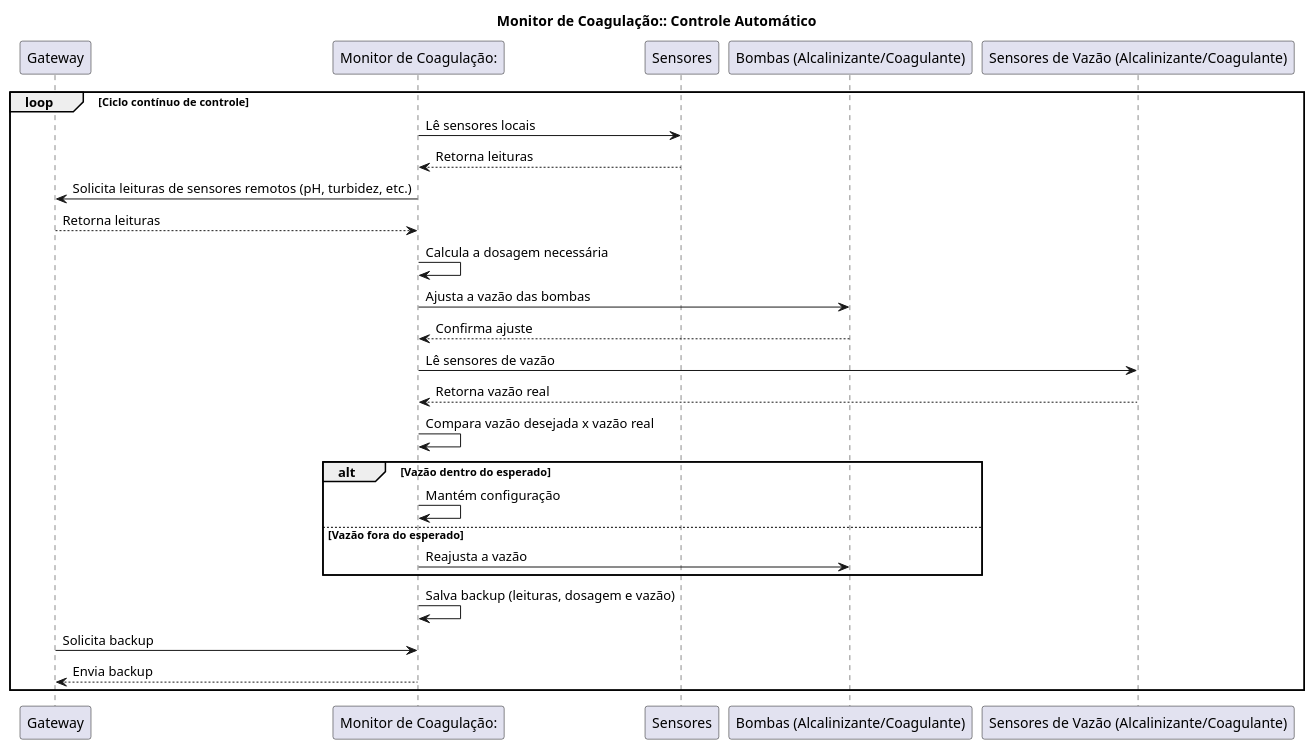
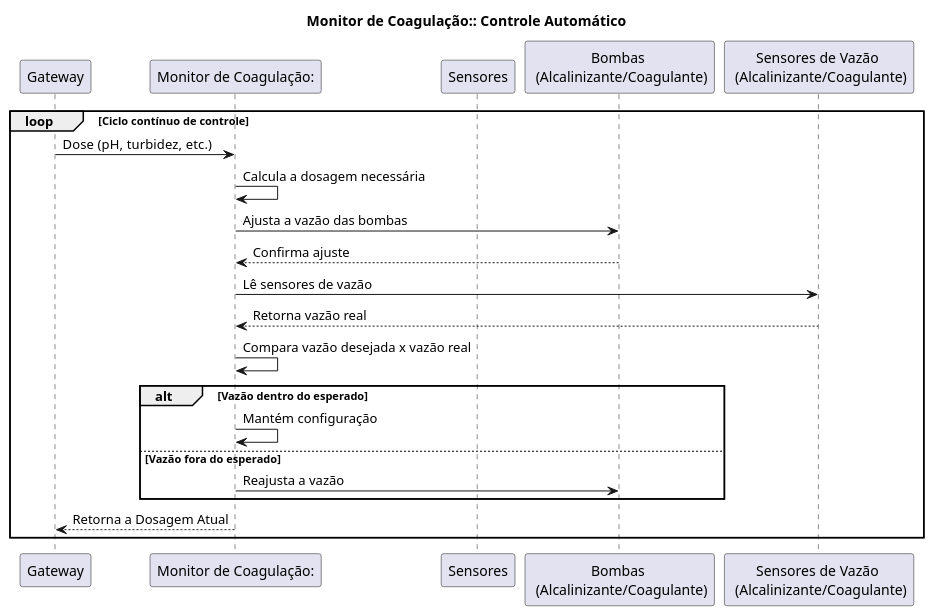
The diagram in Documentação Monitor/Controle Automático.puml (Monique-HidroSolo/plantuml), drawn with PlantUML before and after one commit. The commit also changed 9 other files, not shown here.

Commit message:
Atualização dos Diagramas Monitor

```diff
--- a/Documentação Monitor/Controle Automático.puml
+++ b/Documentação Monitor/Controle Automático.puml
@@ -1,39 +1,34 @@
 @startuml
 title Monitor de Coagulação:: Controle Automático
 
 participant Gateway as GW
 participant "Monitor de Coagulação:" as MC
 participant Sensores as S
-participant "Bombas (Alcalinizante/Coagulante)" as B
-participant "Sensores de Vazão (Alcalinizante/Coagulante)" as V
+participant "Bombas \n (Alcalinizante/Coagulante)" as B
+participant "Sensores de Vazão \n (Alcalinizante/Coagulante)" as V
 
 loop Ciclo contínuo de controle
-    MC -> S: Lê sensores locais
-    S --> MC: Retorna leituras
 
-    MC -> GW: Solicita leituras de sensores remotos (pH, turbidez, etc.)
-    GW --> MC: Retorna leituras
+    GW -> MC: Dose  (pH, turbidez, etc.)
+
 
     MC -> MC: Calcula a dosagem necessária
 
     MC -> B: Ajusta a vazão das bombas
     B --> MC: Confirma ajuste
 
     MC -> V: Lê sensores de vazão
     V --> MC: Retorna vazão real
 
     MC -> MC: Compara vazão desejada x vazão real
 
     alt Vazão dentro do esperado
         MC -> MC: Mantém configuração
     else Vazão fora do esperado
         MC -> B: Reajusta a vazão
     end
 
-    MC -> MC: Salva backup (leituras, dosagem e vazão)
-
-    GW -> MC: Solicita backup
-    MC --> GW: Envia backup
+    MC --> GW: Retorna a Dosagem Atual
 end
 
 @enduml
```
